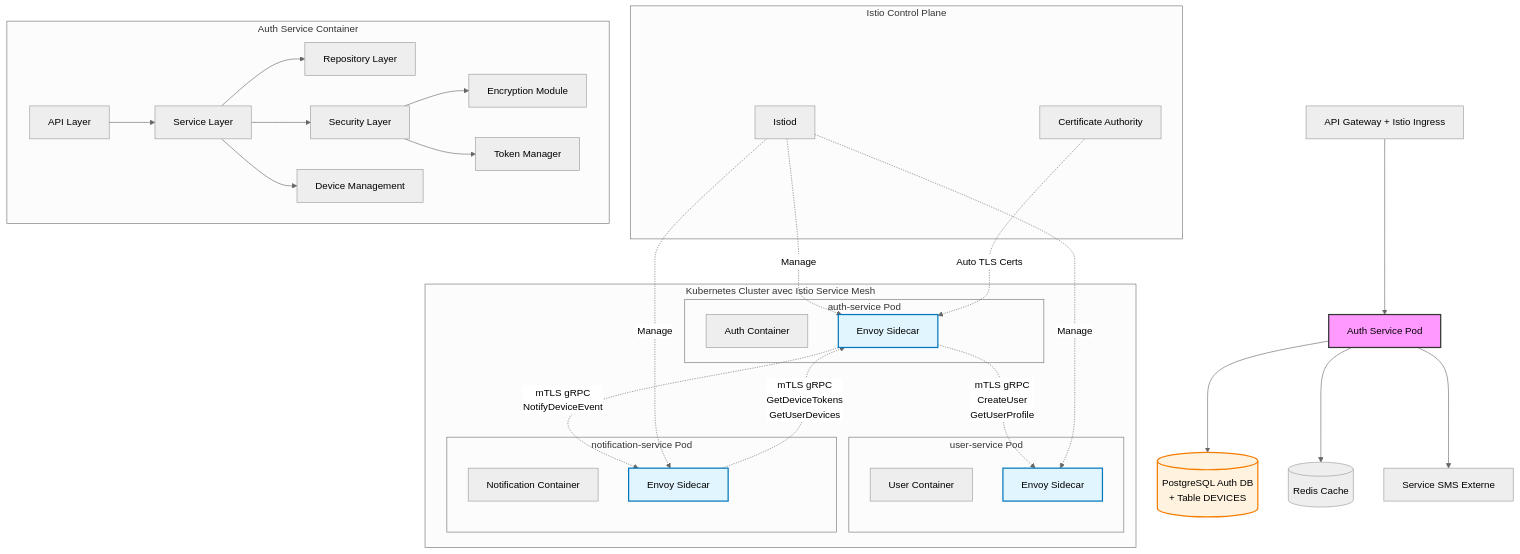
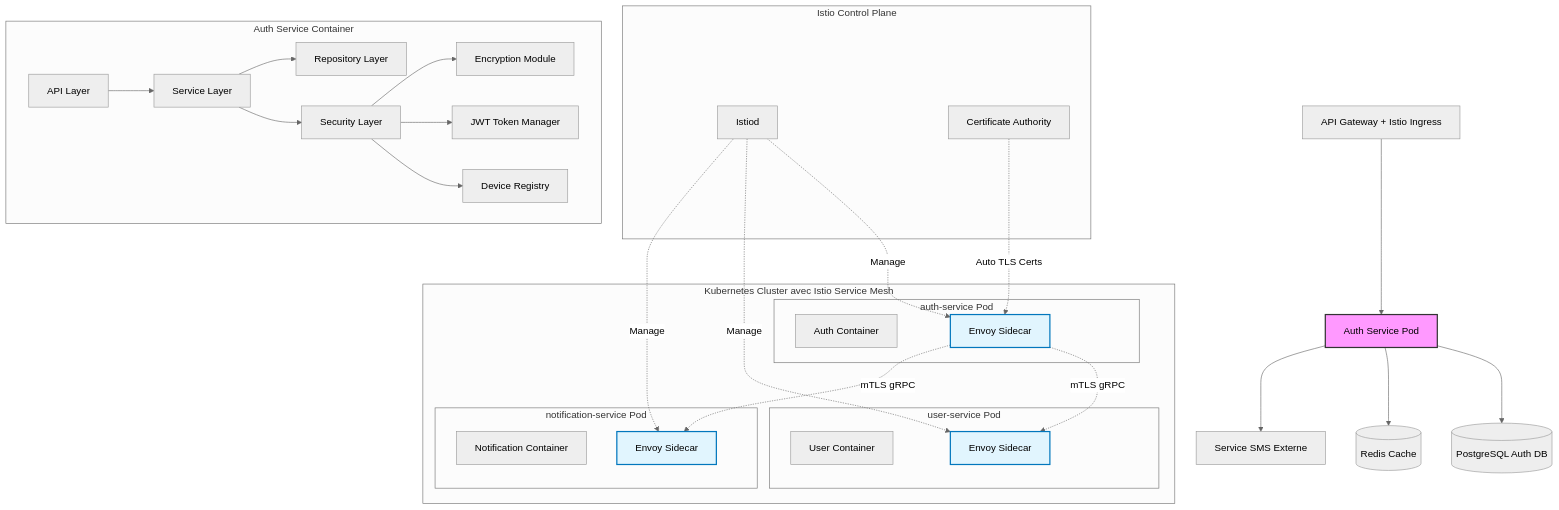
The diagram in documentation/1_architecture/1_system_design.md (whispr-messenger/auth-service), drawn with Mermaid (neutral theme) before and after one commit. The commit also changed other lines of this file and 1 other file, not shown here.

Commit message:
📝 Make the auth service stateless

````diff
--- a/documentation/1_architecture/1_system_design.md
+++ b/documentation/1_architecture/1_system_design.md
@@ -79,54 +78,52 @@
 ```mermaid
 graph TD
     A[API Gateway + Istio Ingress] --> B[Auth Service Pod]
     
     subgraph "Kubernetes Cluster avec Istio Service Mesh"
         subgraph "auth-service Pod"
             B1[Auth Container] 
             B2[Envoy Sidecar]
         end
         
         subgraph "user-service Pod"
             C1[User Container]
             C2[Envoy Sidecar]
         end
         
         subgraph "notification-service Pod"
             D1[Notification Container]
             D2[Envoy Sidecar]
         end
         
-        B2 -.->|"mTLS gRPC<br/>CreateUser<br/>GetUserProfile"| C2
-        D2 -.->|"mTLS gRPC<br/>GetDeviceTokens<br/>GetUserDevices"| B2
-        B2 -.->|"mTLS gRPC<br/>NotifyDeviceEvent"| D2
+        B2 -.->|mTLS gRPC| C2
+        B2 -.->|mTLS gRPC| D2
     end
     
-    B --> E[(PostgreSQL Auth DB<br/>+ Table DEVICES)]
+    B --> E[(PostgreSQL Auth DB)]
     B --> F[(Redis Cache)]
     B --> G[Service SMS Externe]
     
     subgraph "Istio Control Plane"
         H[Istiod]
         I[Certificate Authority]
     end
     
     subgraph "Auth Service Container"
         J[API Layer] --> K[Service Layer]
         K --> L[Repository Layer]
         K --> M[Security Layer]
-        K --> P[Device Management]
         M --> N[Encryption Module]
-        M --> O[Token Manager]
+        M --> O[JWT Token Manager]
+        M --> P[Device Registry]
     end
     
     H -.->|Manage| B2
     H -.->|Manage| C2
     H -.->|Manage| D2
     I -.->|Auto TLS Certs| B2
     
     style B fill:#f9f,stroke:#333,stroke-width:2px
     style B2 fill:#e1f5fe,stroke:#0277bd,stroke-width:2px
     style C2 fill:#e1f5fe,stroke:#0277bd,stroke-width:2px
     style D2 fill:#e1f5fe,stroke:#0277bd,stroke-width:2px
-    style E fill:#fff3e0,stroke:#f57c00,stroke-width:2px
 ```
````
